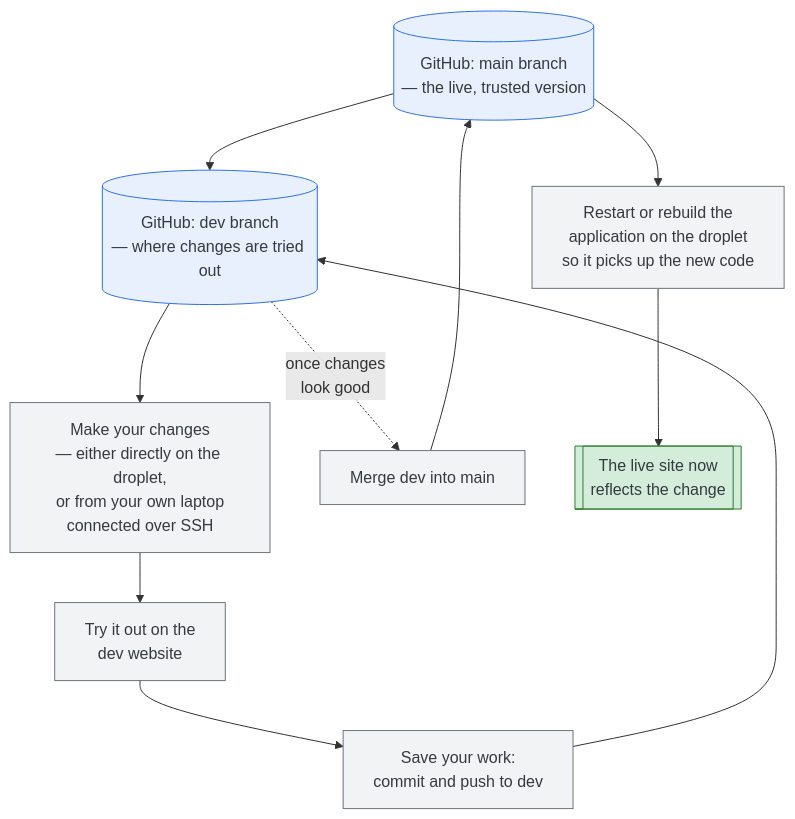
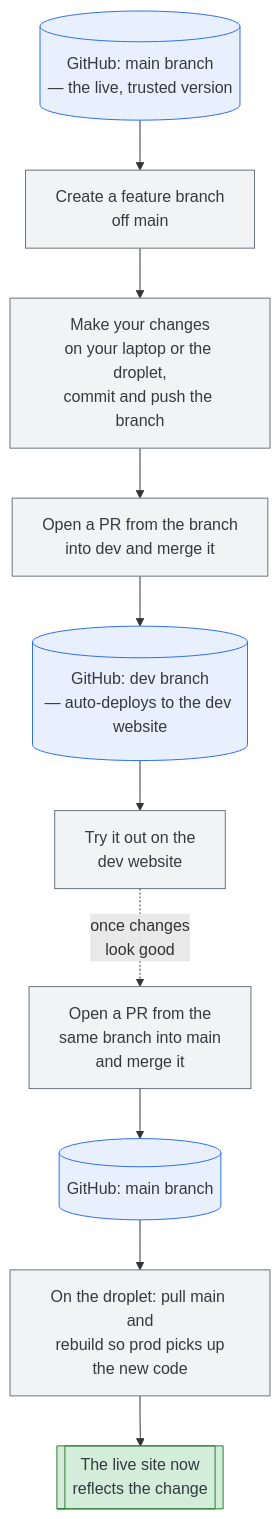
The diagram in docs/operations.md (iobis/obis-products-catalog), drawn with Mermaid before and after one commit. The commit also changed 2 other files, not shown here.

Commit message:
Document the branch → dev and branch → main workflow
Feature branches now merge into dev and main separately; dev is not
merged into main. Also say that dev commands always need
-f docker-compose.dev.yml, since plain docker compose there uses the
prod compose file and dev returns 502.

````diff
--- a/docs/operations.md
+++ b/docs/operations.md
@@ -5,28 +5,25 @@
 ```mermaid
 flowchart TD
     GHmain[("GitHub: main branch<br/>— the live, trusted version")]
-    GHdev[("GitHub: dev branch<br/>— where changes are tried out")]
 
-    GHmain --> GHdev
+    GHmain --> Branch[Create a feature branch<br/>off main]
+    Branch --> Work[Make your changes<br/>on your laptop or the droplet,<br/>commit and push the branch]
 
-    Work[Make your changes<br/>— either directly on the droplet,<br/>or from your own laptop<br/>connected over SSH]
+    Work --> PRdev[Open a PR from the branch<br/>into dev and merge it]
+    PRdev --> GHdev[("GitHub: dev branch<br/>— auto-deploys to the dev website")]
+    GHdev --> Test[Try it out on the<br/>dev website]
 
-    GHdev --> Work
-    Work --> Test[Try it out on the<br/>dev website]
-    Test --> Save[Save your work:<br/>commit and push to dev]
-    Save --> GHdev
+    Test -.once changes<br/>look good.-> PRmain[Open a PR from the<br/>same branch into main<br/>and merge it]
+    PRmain --> GHmain2[("GitHub: main branch")]
 
-    GHdev -.once changes<br/>look good.-> Merge[Merge dev into main]
-    Merge --> GHmain
-
-    GHmain --> Restart[Restart or rebuild the<br/>application on the droplet<br/>so it picks up the new code]
+    GHmain2 --> Restart[On the droplet: pull main and<br/>rebuild so prod picks up<br/>the new code]
     Restart --> Live[["The live site now<br/>reflects the change"]]
 
     classDef source fill:#e8f0fd,stroke:#2F6FEF,color:#343A40
     classDef action fill:#f2f3f4,stroke:#6c757d,color:#343A40
     classDef live fill:#d4edda,stroke:#2e7d32,color:#343A40
 
-    class GHmain,GHdev source
-    class Work,Test,Save,Merge,Restart action
+    class GHmain,GHmain2,GHdev source
+    class Branch,Work,PRdev,Test,PRmain,Restart action
     class Live live
 ```
````
